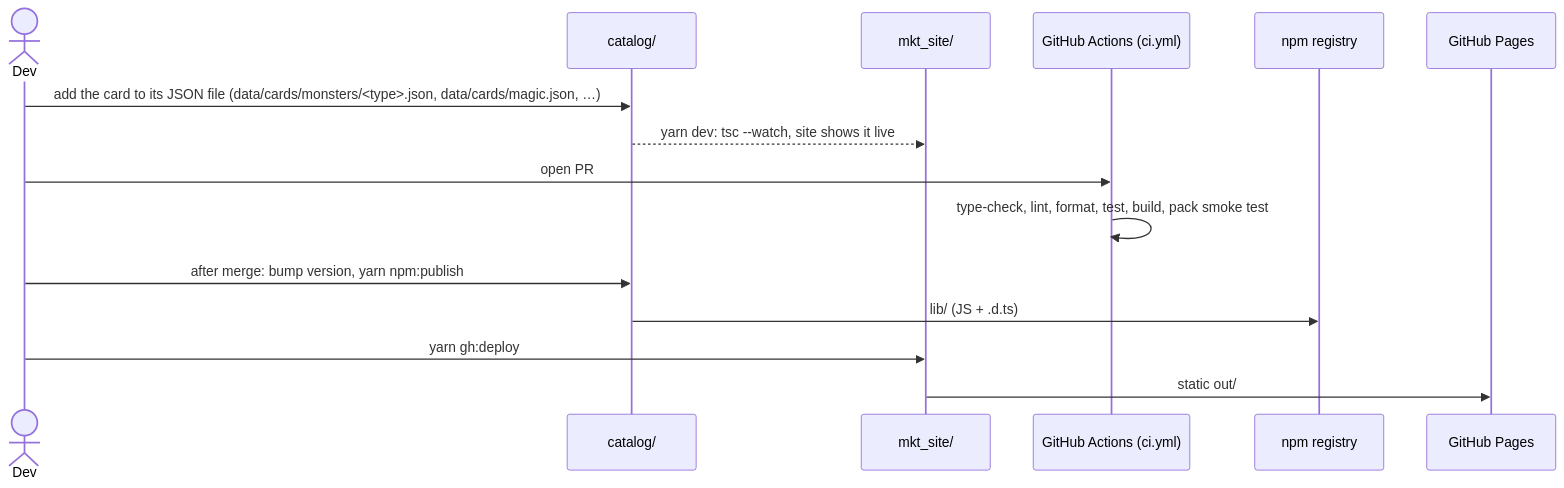
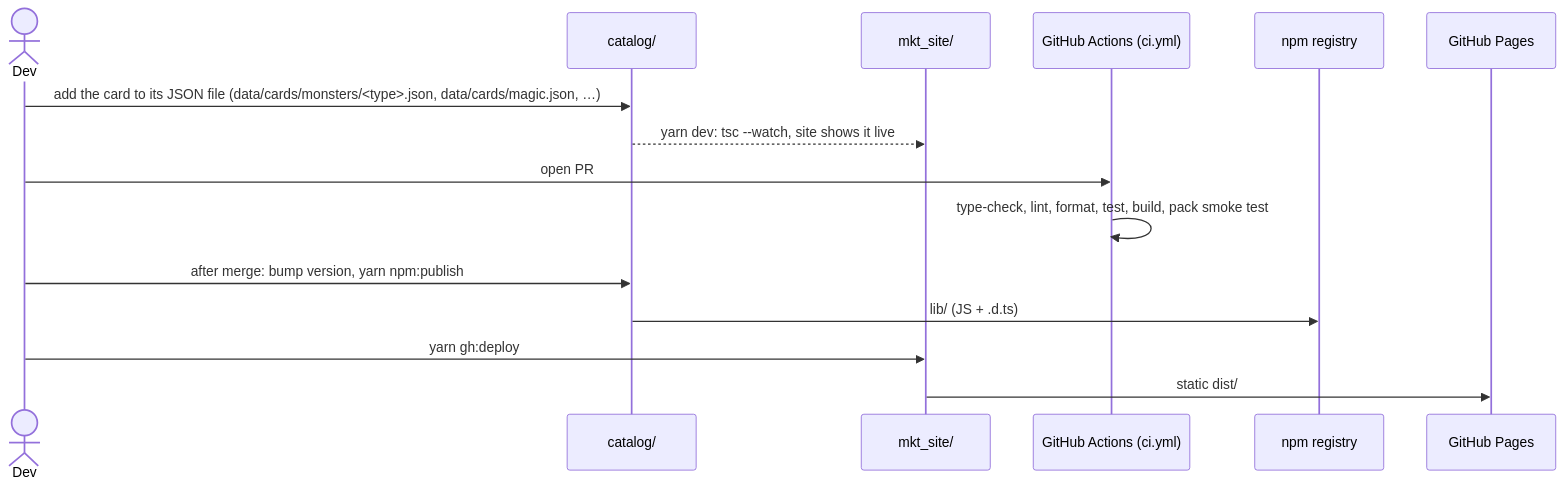
The fourth of 4 diagrams in docs/ARCHITECTURE.md (mhsalves/yugioh-fb-catalog), drawn with Mermaid before and after one commit. The commit also changed other lines of this file and 28 other files, not shown here.

````diff
--- a/docs/ARCHITECTURE.md
+++ b/docs/ARCHITECTURE.md
@@ -257,17 +262,17 @@
 ```mermaid
 sequenceDiagram
     actor Dev
     participant Cat as catalog/
     participant Site as mkt_site/
     participant CI as GitHub Actions (ci.yml)
     participant NPM as npm registry
     participant GH as GitHub Pages
     Dev->>Cat: add the card to its JSON file (data/cards/monsters/<type>.json, data/cards/magic.json, …)
     Cat-->>Site: yarn dev: tsc --watch, site shows it live
     Dev->>CI: open PR
     CI->>CI: type-check, lint, format, test, build, pack smoke test
     Dev->>Cat: after merge: bump version, yarn npm:publish
     Cat->>NPM: lib/ (JS + .d.ts)
     Dev->>Site: yarn gh:deploy
-    Site->>GH: static out/
+    Site->>GH: static dist/
 ```
````
